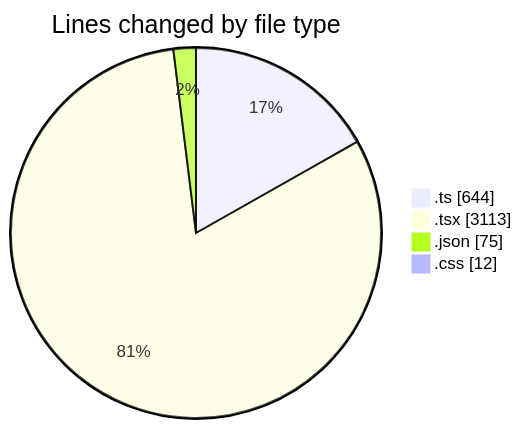
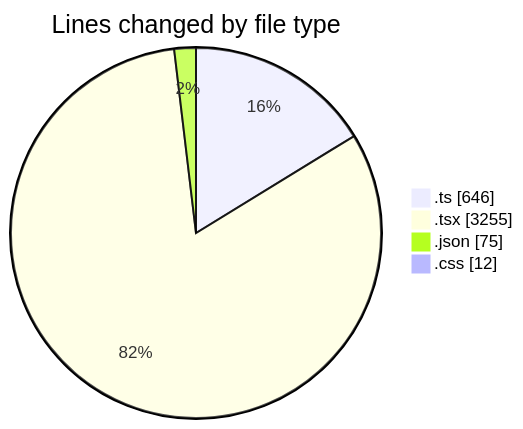
Before and after one commit to robertbonfada/code-tracking: the first of 2 diagrams in 2025-01-27/termonied-web/README.md, drawn with Mermaid. The commit also changed other lines of this file and 1 other file, not shown here.

````diff
--- a/2025-01-27/termonied-web/README.md
+++ b/2025-01-27/termonied-web/README.md
@@ -34,8 +38,8 @@
 ```mermaid
 pie showData
 title Lines changed by file type
-".ts" : 644
-".tsx" : 3113
+".ts" : 646
+".tsx" : 3255
 ".json" : 75
 ".css" : 12
 ```
````
